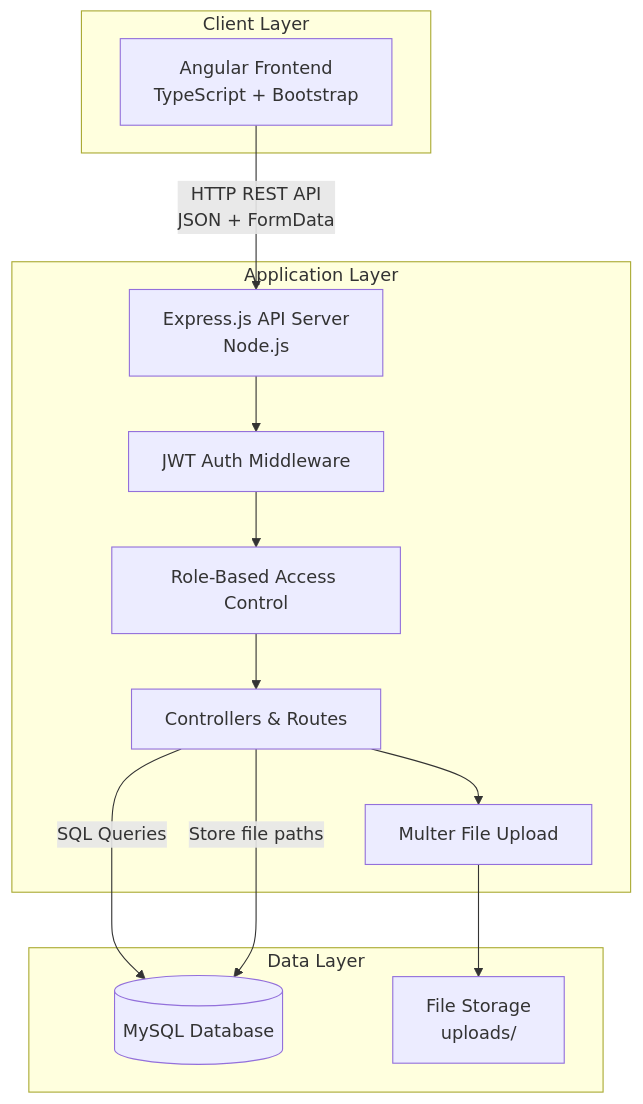
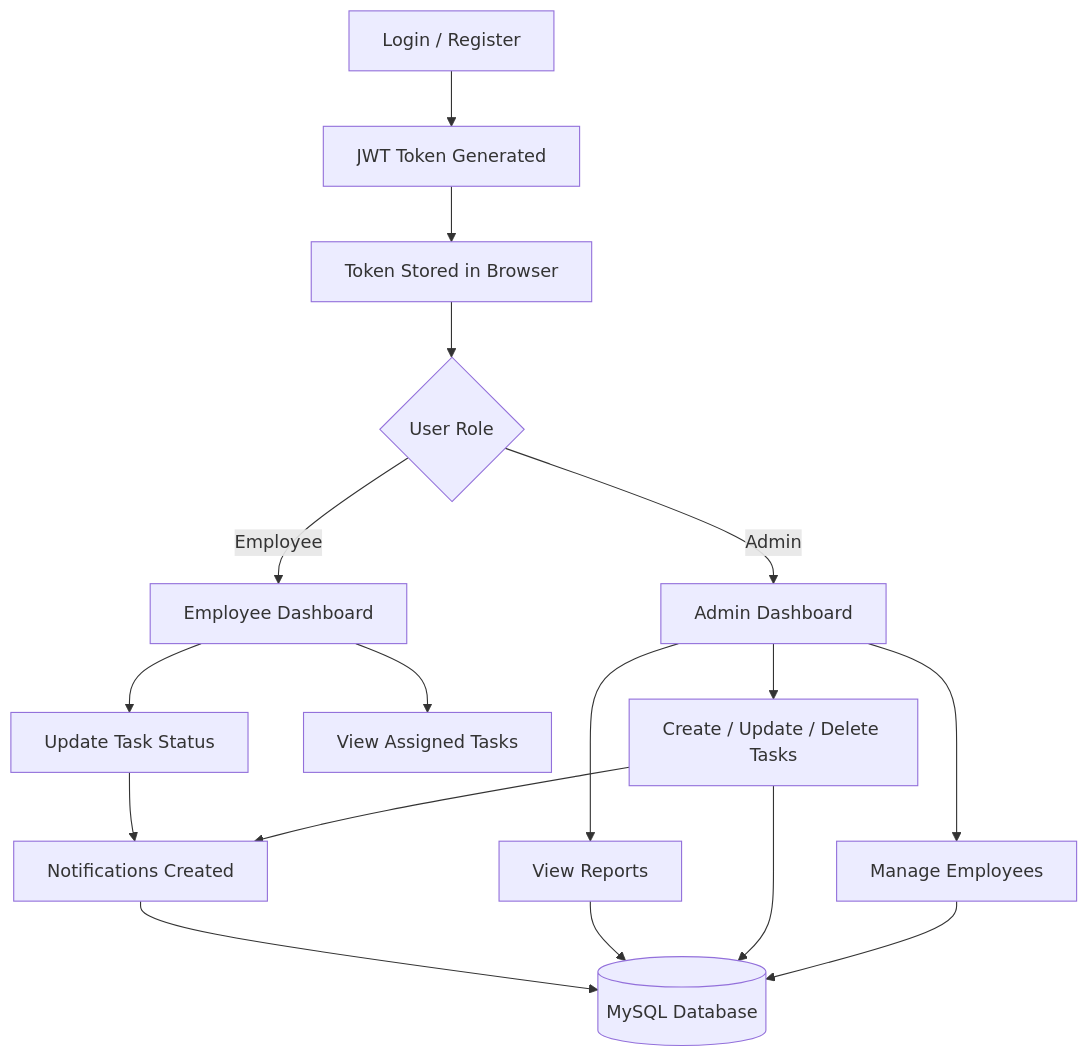
Before and after one commit to nandini-gondhali/employee-task-management-system: the second of 4 diagrams in diagrams/architecture.md, drawn with Mermaid. The commit also changed other lines of this file and 7 other files, not shown here.

Commit message:
Complete Employee Task Management System assignment

````diff
--- a/diagrams/architecture.md
+++ b/diagrams/architecture.md
@@ -5,28 +15,25 @@
 ```mermaid
-flowchart TB
-    subgraph Client["Client Layer"]
-        A[Angular Frontend<br/>TypeScript + Bootstrap]
-    end
+flowchart TD
+    A[Login / Register] --> B[JWT Token Generated]
+    B --> C[Token Stored in Browser]
 
-    subgraph Server["Application Layer"]
-        B[Express.js API Server<br/>Node.js]
-        C[JWT Auth Middleware]
-        D[Role-Based Access Control]
-        E[Multer File Upload]
-        F[Controllers & Routes]
-    end
+    C --> D{User Role}
 
-    subgraph Data["Data Layer"]
-        G[(MySQL Database)]
-        H[File Storage<br/>uploads/]
-    end
+    D -->|Admin| E[Admin Dashboard]
+    D -->|Employee| F[Employee Dashboard]
 
-    A -->|HTTP REST API<br/>JSON + FormData| B
-    B --> C
-    C --> D
-    D --> F
-    F --> E
-    F -->|SQL Queries| G
-    E --> H
-    F -->|Store file paths| G
+    E --> G[Manage Employees]
+    E --> H[Create / Update / Delete Tasks]
+    E --> I[View Reports]
+
+    F --> J[View Assigned Tasks]
+    F --> K[Update Task Status]
+
+    H --> L[Notifications Created]
+    K --> L
+
+    G --> M[(MySQL Database)]
+    H --> M
+    I --> M
+    L --> M
 ```
````
